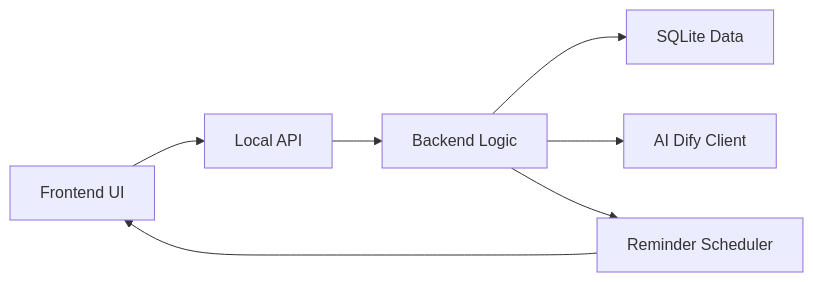
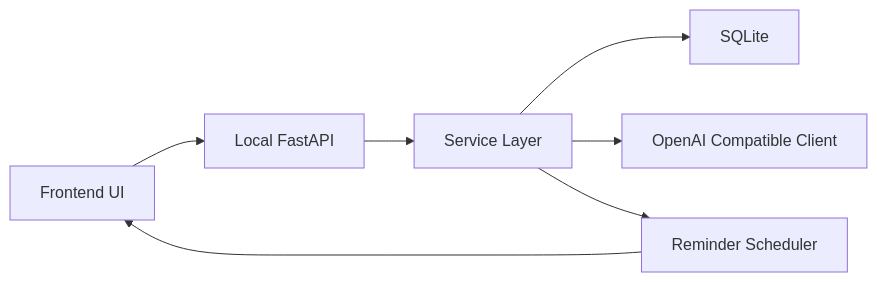
Before and after one commit to DUuuuuuroger/StepStarter: the diagram in plans/entire_project_develop.md, drawn with Mermaid. The commit also changed other lines of this file, not shown here.

````diff
--- a/plans/entire_project_develop.md
+++ b/plans/entire_project_develop.md
@@ -255,9 +395,9 @@
 ```mermaid
 flowchart LR
-  UI[Frontend UI] --> API[Local API]
-  API --> Logic[Backend Logic]
-  Logic --> DB[SQLite Data]
-  Logic --> AI[AI Dify Client]
-  Logic --> Notify[Reminder Scheduler]
-  Notify --> UI
+  UI[Frontend UI] --> API[Local FastAPI]
+  API --> Services[Service Layer]
+  Services --> DB[SQLite]
+  Services --> AI[OpenAI Compatible Client]
+  Services --> Scheduler[Reminder Scheduler]
+  Scheduler --> UI
 ```
````
